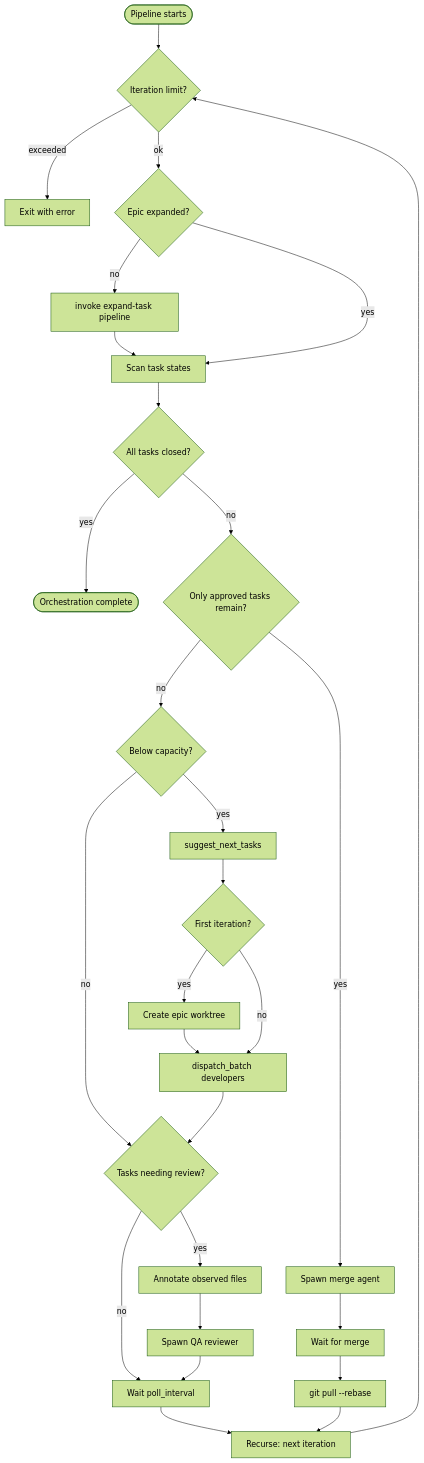
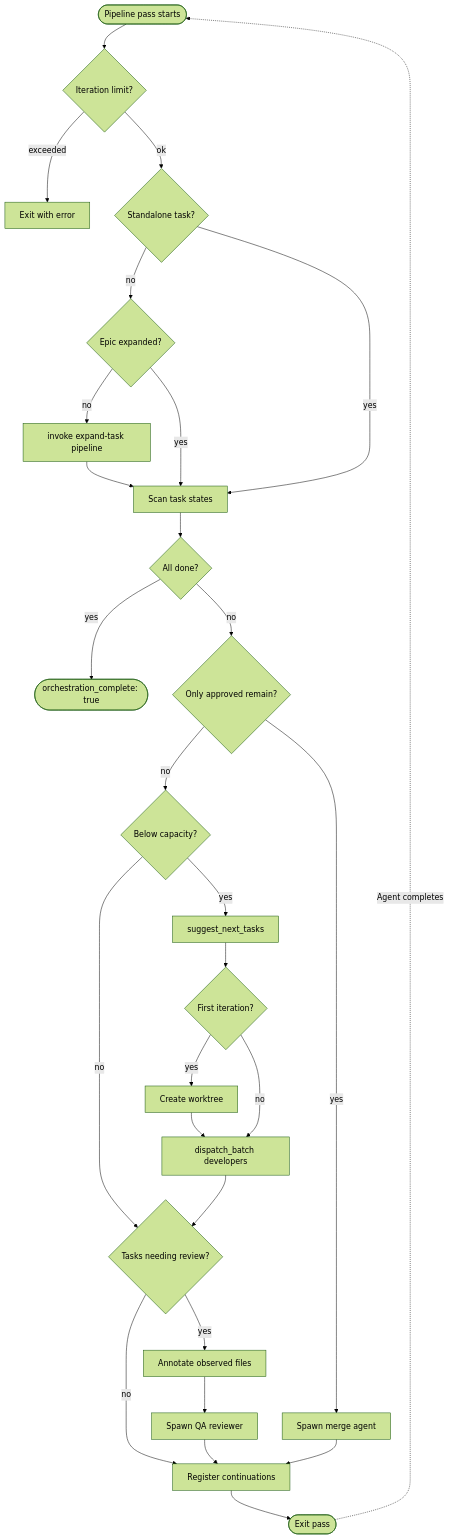
One commit to Zeeeepa/gobby changed the first of 3 diagrams in docs/guides/orchestrator.md. Above: the diagram before and after it, drawn with Mermaid (forest theme). The commit also changed other lines of this file and 13 other files, not shown here.

````diff
--- a/docs/guides/orchestrator.md
+++ b/docs/guides/orchestrator.md
@@ -13,38 +13,39 @@
 ```mermaid
 flowchart TD
-    START([Pipeline starts]) --> GUARD{Iteration limit?}
+    START([Pipeline pass starts]) --> GUARD{Iteration limit?}
     GUARD -->|exceeded| FAIL[Exit with error]
-    GUARD -->|ok| EXPAND{Epic expanded?}
+    GUARD -->|ok| STANDALONE{Standalone task?}
 
+    STANDALONE -->|no| EXPAND{Epic expanded?}
     EXPAND -->|no| RUN_EXPAND[invoke expand-task pipeline]
     RUN_EXPAND --> SCAN
-    EXPAND -->|yes| SCAN[Scan task states]
+    EXPAND -->|yes| SCAN
 
-    SCAN --> CHECK{All tasks closed?}
-    CHECK -->|yes| DONE([Orchestration complete])
+    STANDALONE -->|yes| SCAN[Scan task states]
 
-    CHECK -->|no| MERGE_CHECK{Only approved tasks remain?}
+    SCAN --> CHECK{All done?}
+    CHECK -->|yes| DONE([orchestration_complete: true])
+
+    CHECK -->|no| MERGE_CHECK{Only approved remain?}
     MERGE_CHECK -->|yes| SPAWN_MERGE[Spawn merge agent]
-    SPAWN_MERGE --> WAIT_MERGE[Wait for merge]
-    WAIT_MERGE --> FETCH[git pull --rebase]
 
     MERGE_CHECK -->|no| DISPATCH_CHECK{Below capacity?}
     DISPATCH_CHECK -->|yes| FIND[suggest_next_tasks]
     FIND --> WORKTREE{First iteration?}
-    WORKTREE -->|yes| CREATE_WT[Create epic worktree]
+    WORKTREE -->|yes| CREATE_WT[Create worktree]
     CREATE_WT --> DISPATCH
     WORKTREE -->|no| DISPATCH[dispatch_batch developers]
 
     DISPATCH_CHECK -->|no| QA_CHECK
 
     DISPATCH --> QA_CHECK{Tasks needing review?}
     QA_CHECK -->|yes| ANNOTATE[Annotate observed files]
     ANNOTATE --> SPAWN_QA[Spawn QA reviewer]
-    QA_CHECK -->|no| POLL
+    QA_CHECK -->|no| CONTINUE
 
-    SPAWN_QA --> POLL[Wait poll_interval]
-    POLL --> RECURSE[Recurse: next iteration]
-    RECURSE --> GUARD
+    SPAWN_QA --> CONTINUE
+    SPAWN_MERGE --> CONTINUE[Register continuations]
+    CONTINUE --> EXIT([Exit pass])
 
-    FETCH --> RECURSE
+    EXIT -.->|Agent completes| START
 ```
````
